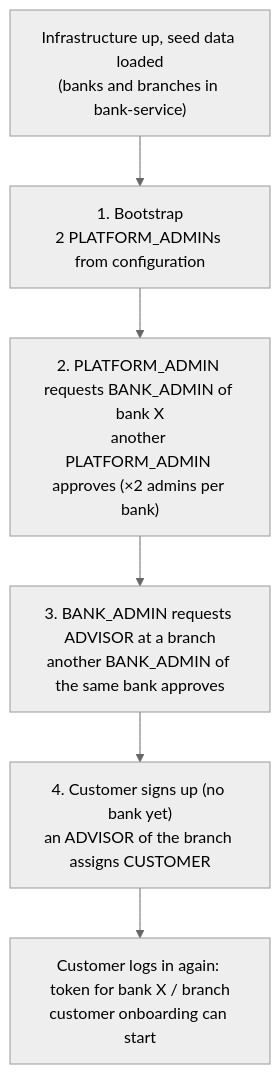
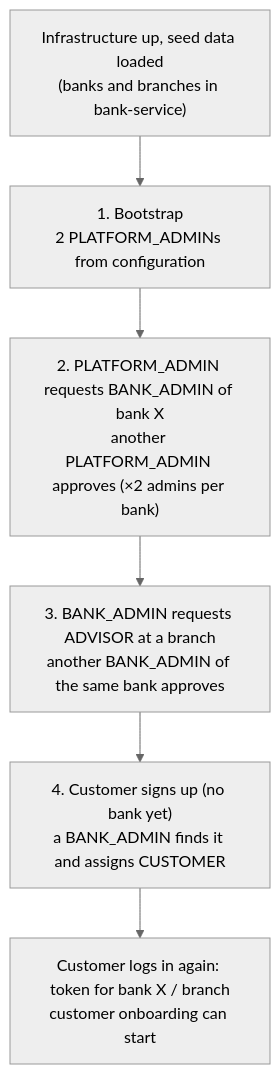
Before and after one commit to RaffSStein/Wealth-Management-Platform-BE: the first of 5 diagrams in docs/domain/process/platform/first-platform-run.md, drawn with Mermaid (neutral theme). The commit also changed other lines of this file and 1 other file, not shown here.

Commit message:
docs: document user lookup, bank lists and admin-led customer linking

````diff
--- a/docs/domain/process/platform/first-platform-run.md
+++ b/docs/domain/process/platform/first-platform-run.md
@@ -26,10 +26,10 @@
 ```mermaid
 flowchart TB
     S0["Infrastructure up, seed data loaded<br/>(banks and branches in bank-service)"]
     S1["1. Bootstrap<br/>2 PLATFORM_ADMINs from configuration"]
     S2["2. PLATFORM_ADMIN requests BANK_ADMIN of bank X<br/>another PLATFORM_ADMIN approves (×2 admins per bank)"]
     S3["3. BANK_ADMIN requests ADVISOR at a branch<br/>another BANK_ADMIN of the same bank approves"]
-    S4["4. Customer signs up (no bank yet)<br/>an ADVISOR of the branch assigns CUSTOMER"]
+    S4["4. Customer signs up (no bank yet)<br/>a BANK_ADMIN finds it and assigns CUSTOMER"]
     S5["Customer logs in again: token for bank X / branch<br/>customer onboarding can start"]
     S0 --> S1 --> S2 --> S3 --> S4 --> S5
 ```
````
